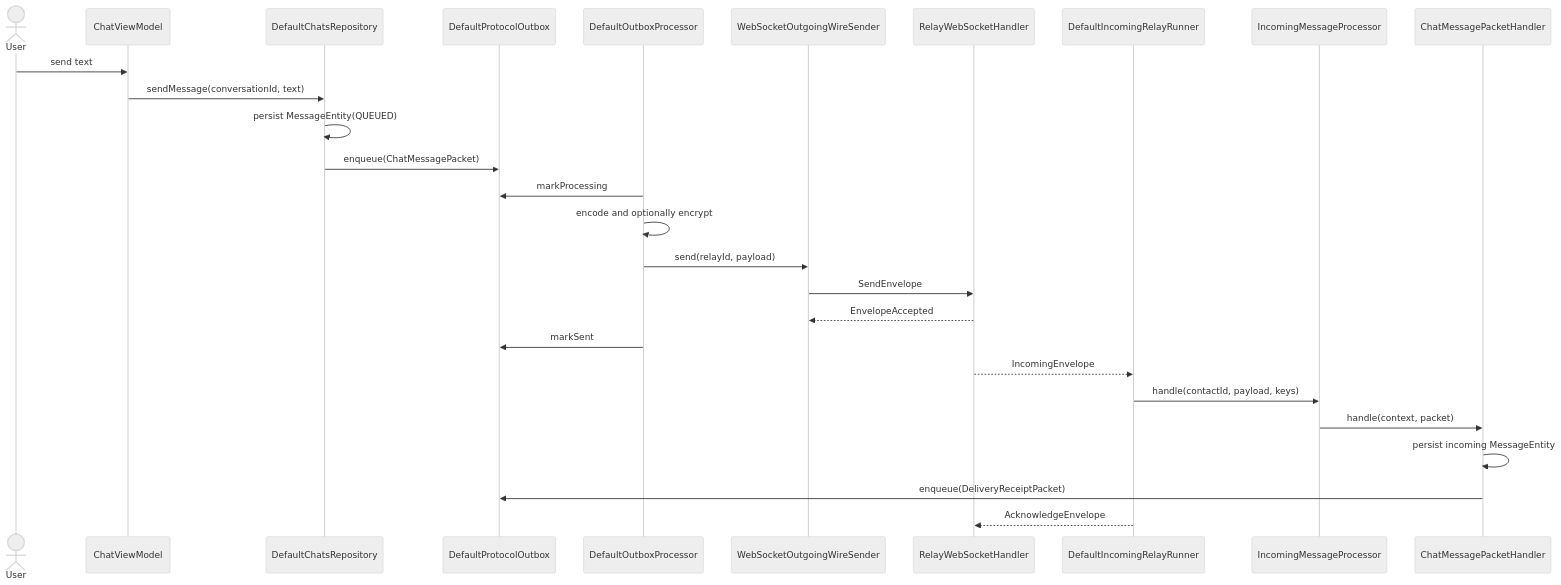
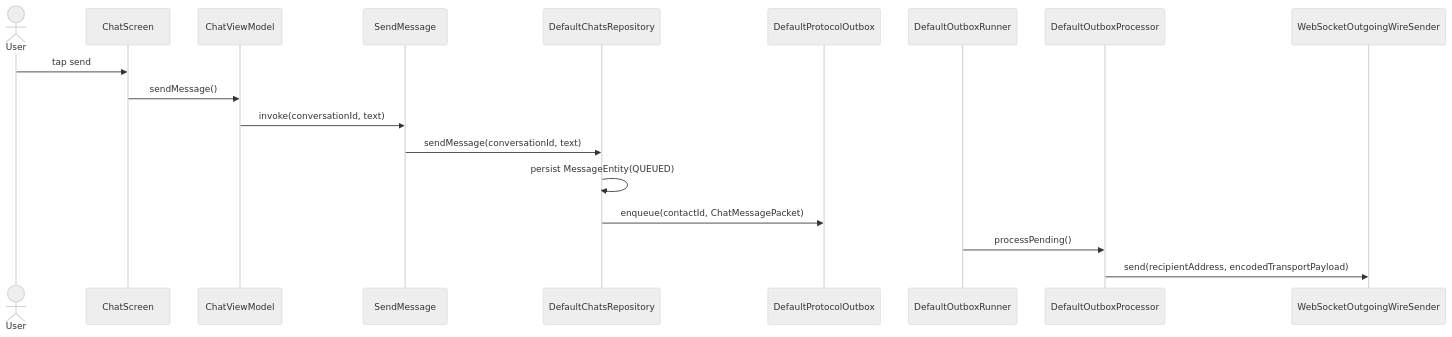
Before and after one commit to cbgm/SecureChat: the first of 2 diagrams in docs/features/message-transport-flow.md, drawn with Mermaid (neutral theme). The commit also changed other lines of this file and 52 other files, not shown here.

````diff
--- a/docs/features/message-transport-flow.md
+++ b/docs/features/message-transport-flow.md
@@ -25,30 +68,21 @@
 ```mermaid
 sequenceDiagram
     actor User
+    participant Screen as ChatScreen
     participant VM as ChatViewModel
+    participant UseCase as SendMessage
     participant Repo as DefaultChatsRepository
     participant Outbox as DefaultProtocolOutbox
+    participant Runner as DefaultOutboxRunner
     participant Processor as DefaultOutboxProcessor
     participant Wire as WebSocketOutgoingWireSender
-    participant Relay as RelayWebSocketHandler
-    participant Incoming as DefaultIncomingRelayRunner
-    participant Decoder as IncomingMessageProcessor
-    participant Handler as ChatMessagePacketHandler
 
-    User->>VM: send text
-    VM->>Repo: sendMessage(conversationId, text)
+    User->>Screen: tap send
+    Screen->>VM: sendMessage()
+    VM->>UseCase: invoke(conversationId, text)
+    UseCase->>Repo: sendMessage(conversationId, text)
     Repo->>Repo: persist MessageEntity(QUEUED)
-    Repo->>Outbox: enqueue(ChatMessagePacket)
-    Processor->>Outbox: markProcessing
-    Processor->>Processor: encode and optionally encrypt
-    Processor->>Wire: send(relayId, payload)
-    Wire->>Relay: SendEnvelope
-    Relay-->>Wire: EnvelopeAccepted
-    Processor->>Outbox: markSent
-    Relay-->>Incoming: IncomingEnvelope
-    Incoming->>Decoder: handle(contactId, payload, keys)
-    Decoder->>Handler: handle(context, packet)
-    Handler->>Handler: persist incoming MessageEntity
-    Handler->>Outbox: enqueue(DeliveryReceiptPacket)
-    Incoming-->>Relay: AcknowledgeEnvelope
+    Repo->>Outbox: enqueue(contactId, ChatMessagePacket)
+    Runner->>Processor: processPending()
+    Processor->>Wire: send(recipientAddress, encodedTransportPayload)
 ```
````
